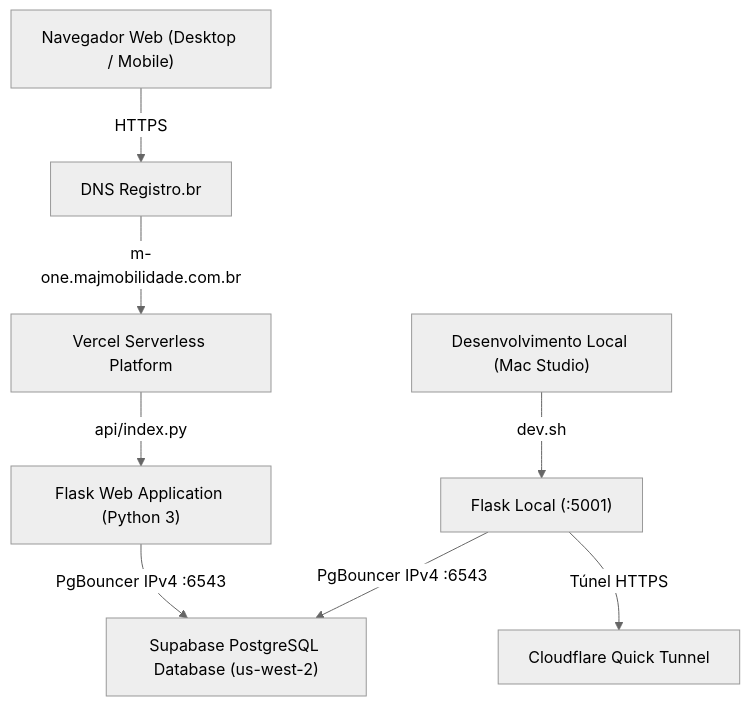
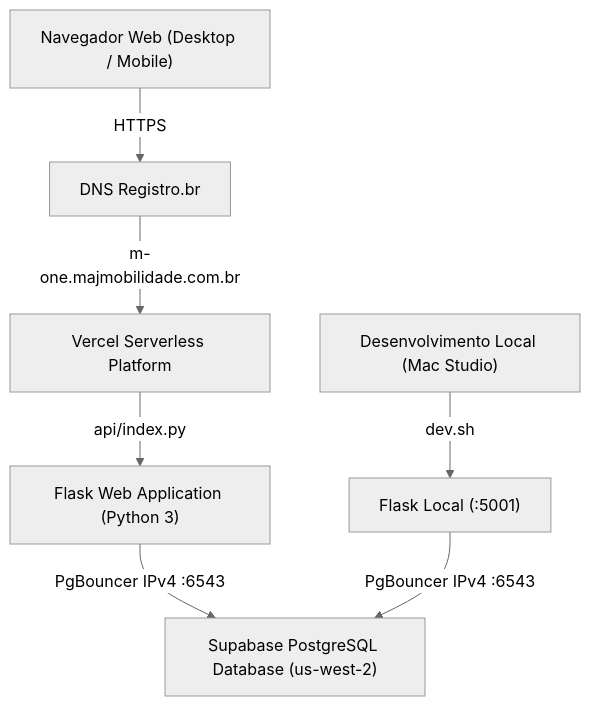
Before and after one commit to marketingmajv/MOne: the diagram in DOCUMENTACAO.md, drawn with Mermaid (neutral theme). The commit also changed other lines of this file and 3 other files, not shown here.

````diff
--- a/DOCUMENTACAO.md
+++ b/DOCUMENTACAO.md
@@ -25,11 +25,10 @@
 ```mermaid
 graph TD
-    Client["Navegador Web (Desktop / Mobile)"] -->|HTTPS| CloudflareDNS["DNS Registro.br"]
-    CloudflareDNS -->|m-one.majmobilidade.com.br| Vercel["Vercel Serverless Platform"]
+    Client["Navegador Web (Desktop / Mobile)"] -->|HTTPS| DNS["DNS Registro.br"]
+    DNS -->|m-one.majmobilidade.com.br| Vercel["Vercel Serverless Platform"]
     Vercel -->|api/index.py| FlaskApp["Flask Web Application (Python 3)"]
     FlaskApp -->|PgBouncer IPv4 :6543| Supabase["Supabase PostgreSQL Database (us-west-2)"]
     
     DevClient["Desenvolvimento Local (Mac Studio)"] -->|dev.sh| LocalFlask["Flask Local (:5001)"]
-    LocalFlask -->|Túnel HTTPS| CloudflareTunnel["Cloudflare Quick Tunnel"]
     LocalFlask -->|PgBouncer IPv4 :6543| Supabase
 ```
````
